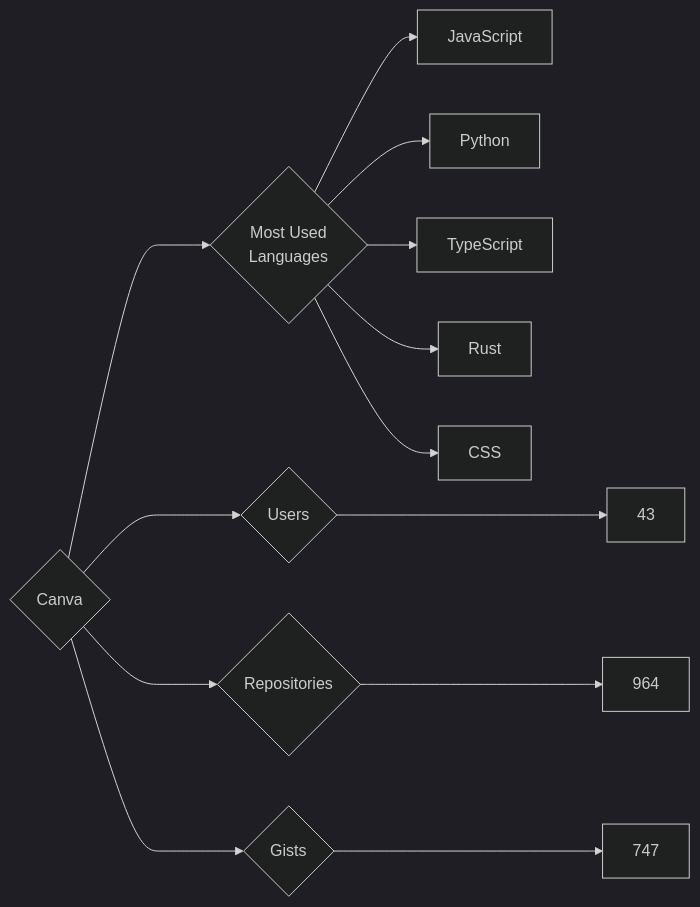
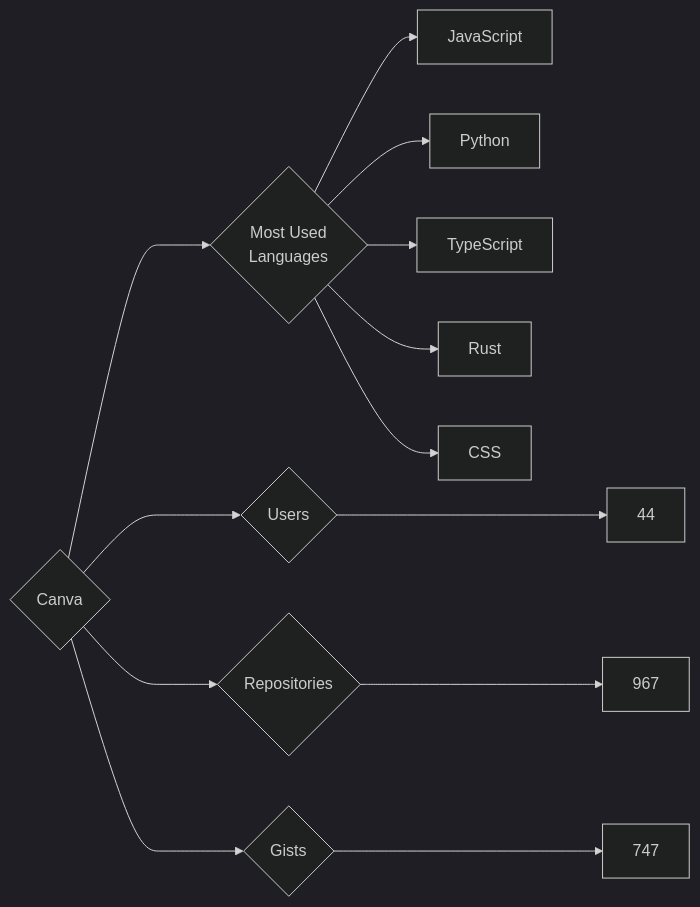
One commit to trickest/insiders changed the diagram in targets/Canva/README.md. Above: the diagram before and after it, drawn with Mermaid (dark theme). The commit also changed 636 other files, not shown here.

````diff
--- a/targets/Canva/README.md
+++ b/targets/Canva/README.md
@@ -3,13 +3,13 @@
 ```mermaid
 graph LR
 COMPANY_NAME{Canva}
-COMPANY_NAME ---> U{Users} ---> UN[43]
-COMPANY_NAME ---> R{Repositories} ---> RN[964]
+COMPANY_NAME ---> U{Users} ---> UN[44]
+COMPANY_NAME ---> R{Repositories} ---> RN[967]
 COMPANY_NAME ---> G{Gists} ---> GN[747]
 COMPANY_NAME ---> ML{Most Used<br>Languages}
 ML --> JavaScript[JavaScript]
 ML --> Python[Python]
 ML --> TypeScript[TypeScript]
 ML --> Rust[Rust]
 ML --> CSS[CSS]
 ```
````
